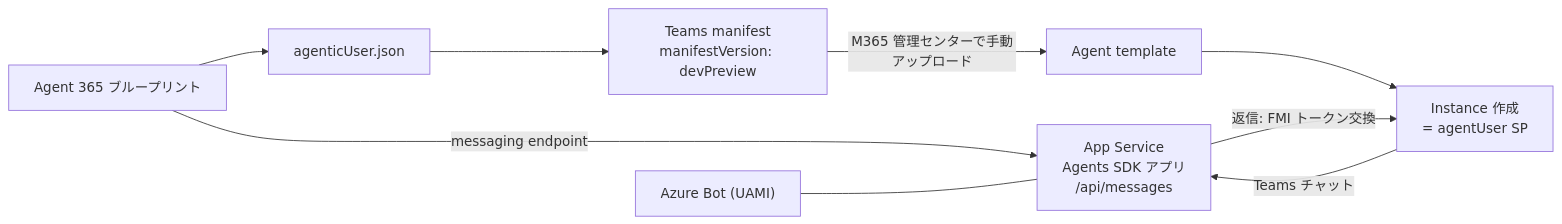
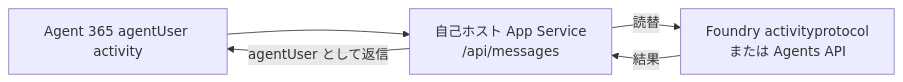
The second of 2 diagrams in .github/skills/agent365/references/architecture.md (geekfujiwara/CodeAppsDevelopmentStandard), drawn with Mermaid before and after one commit. The commit also changed other lines of this file and 4 other files, not shown here.

Commit message:
Update agent365 self-hosted normal flow

````diff
--- a/.github/skills/agent365/references/architecture.md
+++ b/.github/skills/agent365/references/architecture.md
@@ -85,11 +90,7 @@
 ```mermaid
 flowchart LR
-    F["Agent 365 ブループリント"] -->|messaging endpoint| S["App Service<br/>Agents SDK アプリ<br/>/api/messages"]
-    F --> G["agenticUser.json"]
-    G --> E["Teams manifest<br/>manifestVersion: devPreview"]
-    E -->|M365 管理センターで手動アップロード| T["Agent template"]
-    T --> N["Instance 作成<br/>= agentUser SP"]
-    N -->|Teams チャット| S
-    S -->|返信: FMI トークン交換| N
-    B["Azure Bot (UAMI)"] --- S
+    A["Agent 365 agentUser activity"] --> S["自己ホスト App Service<br/>/api/messages"]
+    S -->|読替| F["Foundry activityprotocol<br/>または Agents API"]
+    F -->|結果| S
+    S -->|agentUser として返信| A
 ```
````
